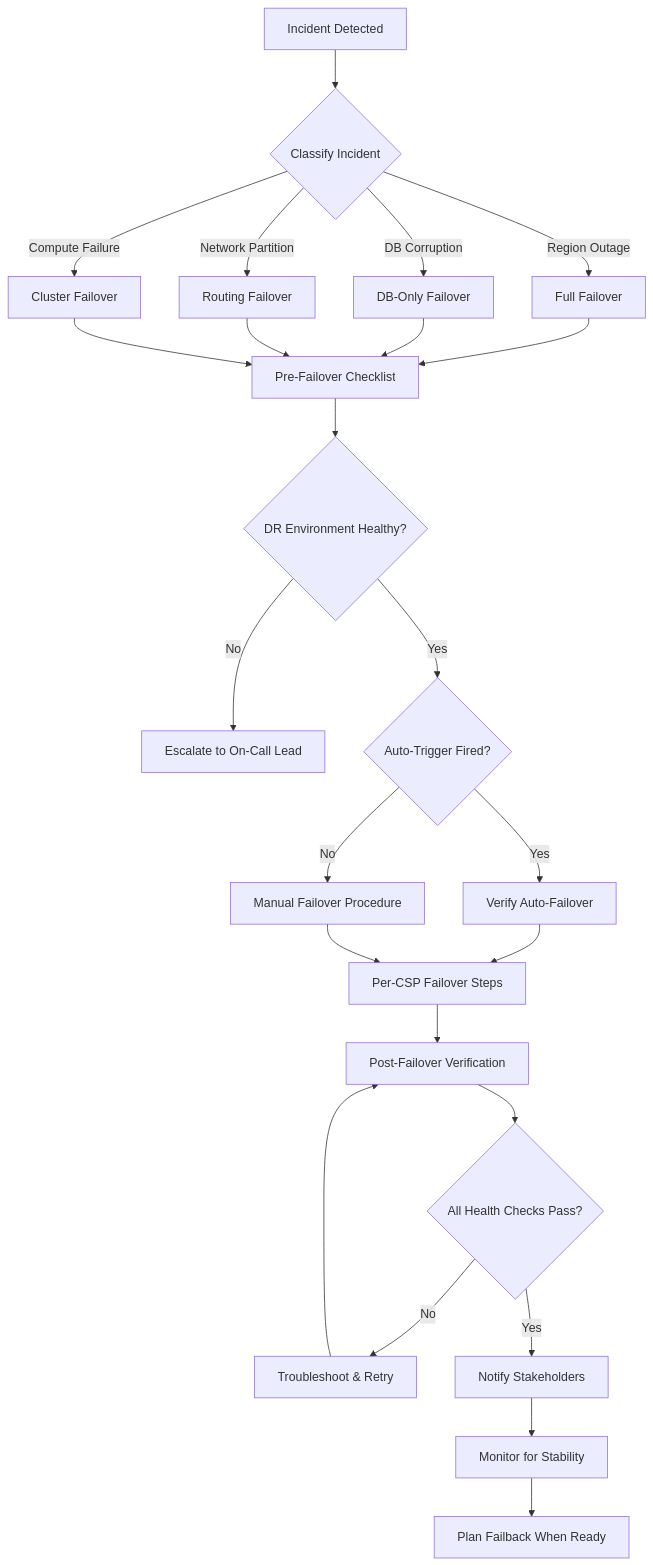
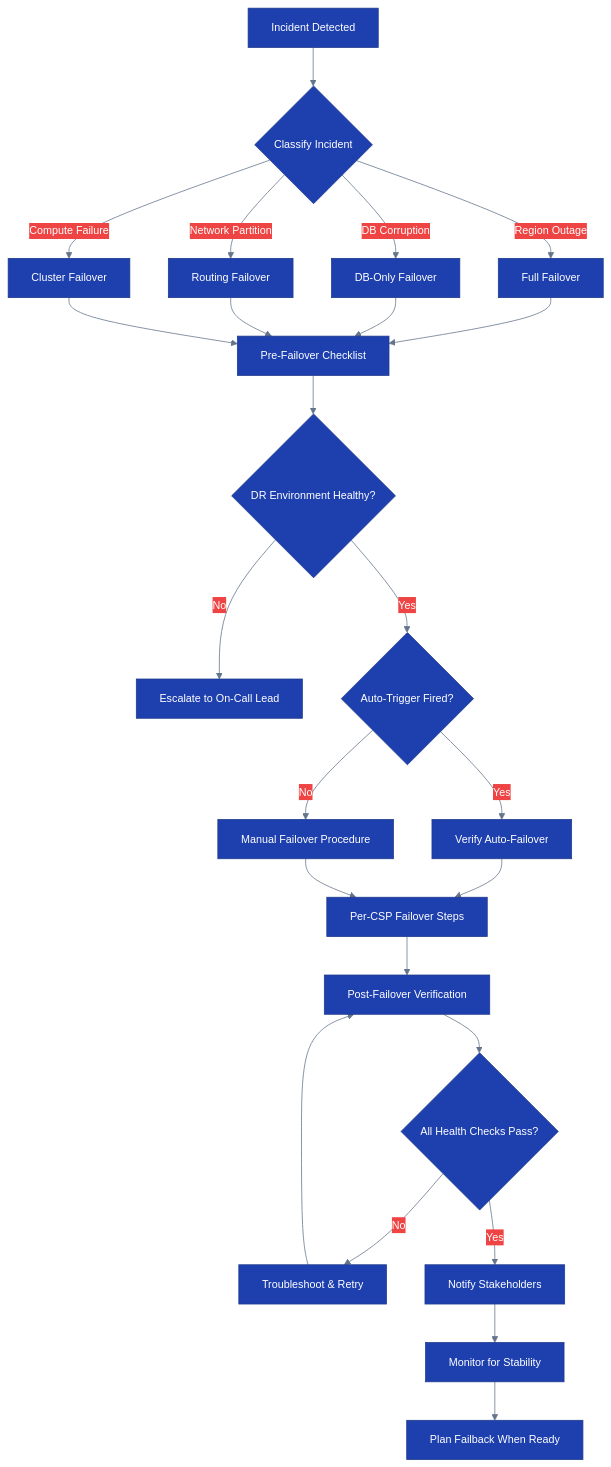
Before and after one commit to lvonguyen/cloudforge: the diagram in docs/core/runbooks/03-dr-failover.md, drawn with Mermaid. The commit also changed 11 other files, not shown here.

First line of the commit message:
docs: add Mermaid theme init blocks + fix remaining Aegis display-names

````diff
--- a/docs/core/runbooks/03-dr-failover.md
+++ b/docs/core/runbooks/03-dr-failover.md
@@ -15,22 +15,24 @@
 ```mermaid
+%%{init: {'theme': 'base', 'themeVariables': {'fontFamily': 'Inter, system-ui, sans-serif', 'fontSize': '14px', 'primaryColor': '#1e40af', 'primaryTextColor': '#fff', 'primaryBorderColor': '#1e3a8a', 'lineColor': '#64748b', 'secondaryColor': '#ef4444', 'tertiaryColor': '#22c55e'}}}%%
+
 flowchart TD
     A[Incident Detected] --> B{Classify Incident}
     B -->|Region Outage| C[Full Failover]
     B -->|DB Corruption| D[DB-Only Failover]
     B -->|Network Partition| E[Routing Failover]
     B -->|Compute Failure| F[Cluster Failover]
     C & D & E & F --> G[Pre-Failover Checklist]
     G --> H{DR Environment Healthy?}
     H -->|No| I[Escalate to On-Call Lead]
     H -->|Yes| J{Auto-Trigger Fired?}
     J -->|Yes| K[Verify Auto-Failover]
     J -->|No| L[Manual Failover Procedure]
     K & L --> M[Per-CSP Failover Steps]
     M --> N[Post-Failover Verification]
     N --> O{All Health Checks Pass?}
     O -->|No| P[Troubleshoot & Retry]
     P --> N
     O -->|Yes| Q[Notify Stakeholders]
     Q --> R[Monitor for Stability]
     R --> S[Plan Failback When Ready]
 ```
````
